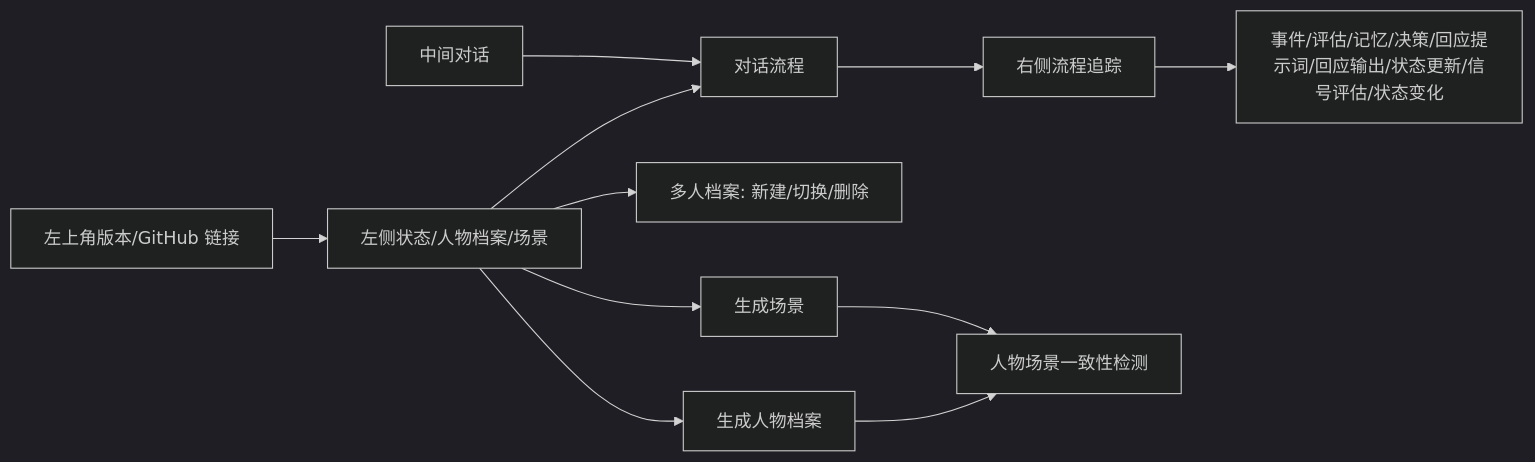
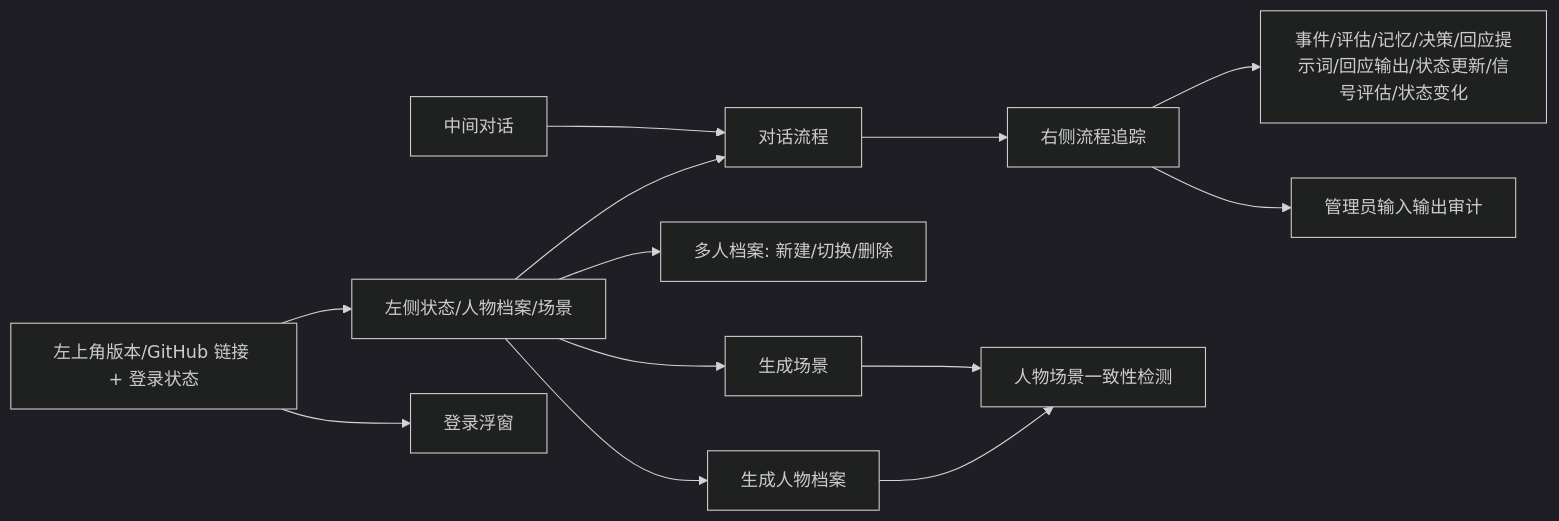
Before and after one commit to ttmanthatman/virtual-human-flow: diagram 30 of 30 in docs/SYSTEM_FLOW.md, drawn with Mermaid (dark theme). The commit also changed other lines of this file and 13 other files, not shown here.

````diff
--- a/docs/SYSTEM_FLOW.md
+++ b/docs/SYSTEM_FLOW.md
@@ -546,13 +631,15 @@
 ```mermaid
 flowchart LR
-    TOP[左上角版本/GitHub 链接] --> LEFT
+    TOP[左上角版本/GitHub 链接 + 登录状态] --> LEFT
     LEFT[左侧状态/人物档案/场景] --> PIPE[对话流程]
     CHAT[中间对话] --> PIPE
     PIPE --> TRACE[右侧流程追踪]
     TRACE --> JSON[事件/评估/记忆/决策/回应提示词/回应输出/状态更新/信号评估/状态变化]
+    TRACE --> AUDIT[管理员输入输出审计]
+    TOP --> LOGIN[登录浮窗]
     LEFT --> DOS[多人档案: 新建/切换/删除]
     LEFT --> GEN1[生成人物档案]
     LEFT --> GEN2[生成场景]
     GEN1 --> FIT[人物场景一致性检测]
     GEN2 --> FIT
 ```
````
